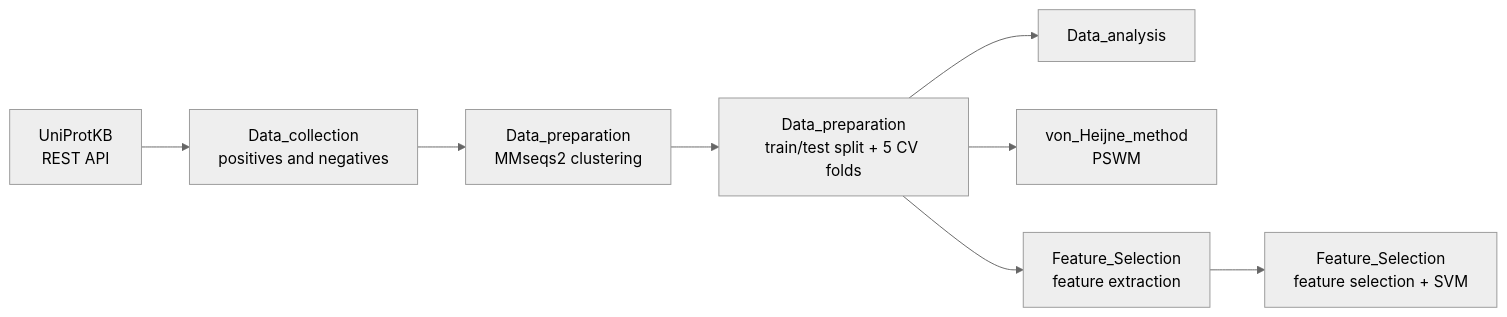
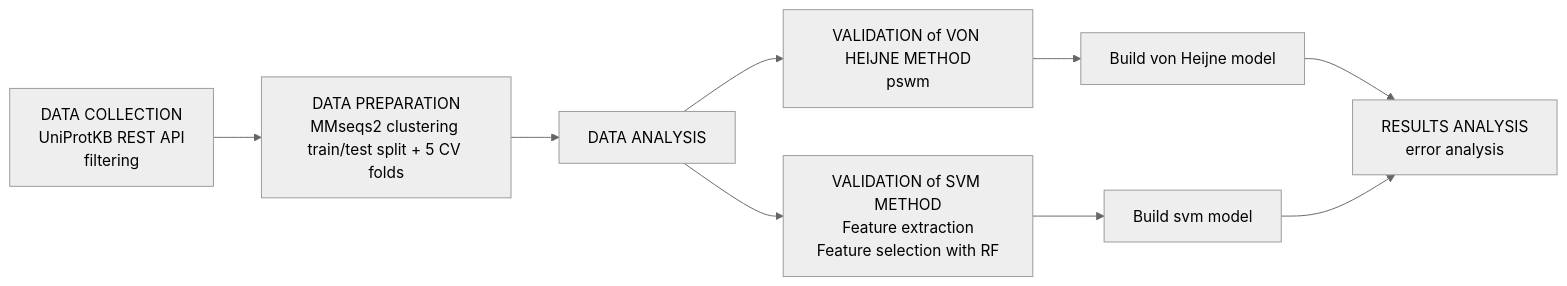
Before and after one commit to alirammal-ux/Signal_Peptide_Predictor: the diagram in README.md, drawn with Mermaid (neutral theme). The commit also changed other lines of this file and 43 other files, not shown here.

Commit message:
error analysis

````diff
--- a/README.md
+++ b/README.md
@@ -7,10 +15,11 @@
 ```mermaid
 flowchart LR
-    A[UniProtKB<br>REST API] --> B[Data_collection<br>positives and negatives]
-    B --> C[Data_preparation<br>MMseqs2 clustering]
-    C --> D[Data_preparation<br>train/test split + 5 CV folds]
-    D --> E[Data_analysis]
-    D --> F[von_Heijne_method<br>PSWM]
-    D --> G[Feature_Selection<br>feature extraction]
-    G --> H[Feature_Selection<br>feature selection + SVM]
+    A[DATA COLLECTION<br>UniProtKB REST API<br>filtering] --> B[DATA PREPARATION<br>MMseqs2 clustering <br>train/test split + 5 CV folds]
+    B --> C[DATA ANALYSIS]
+    C --> D[VALIDATION of VON HEIJNE METHOD<br>pswm]
+    D --> E[Build von Heijne model]
+    C --> F[VALIDATION of SVM METHOD<br>Feature extraction<br>Feature selection with RF]
+    F --> G[Build svm model]
+    E --> H[RESULTS ANALYSIS<br>error analysis]
+    G --> H[RESULTS ANALYSIS<br>error analysis]
 ```
````
